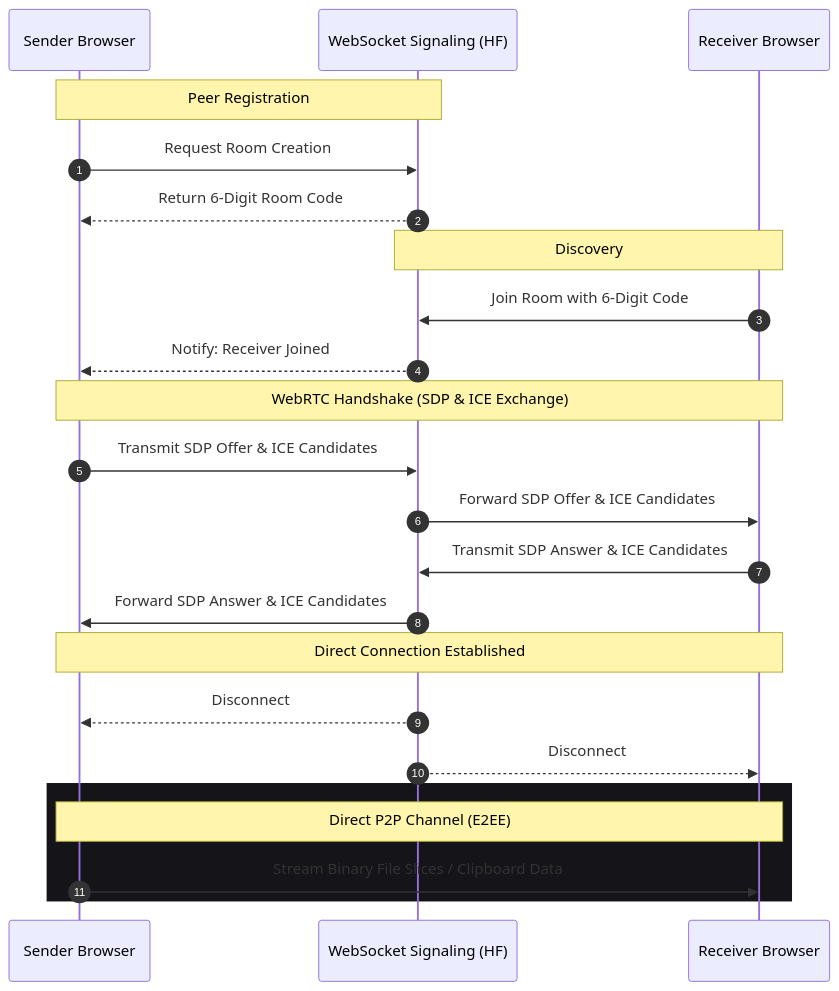
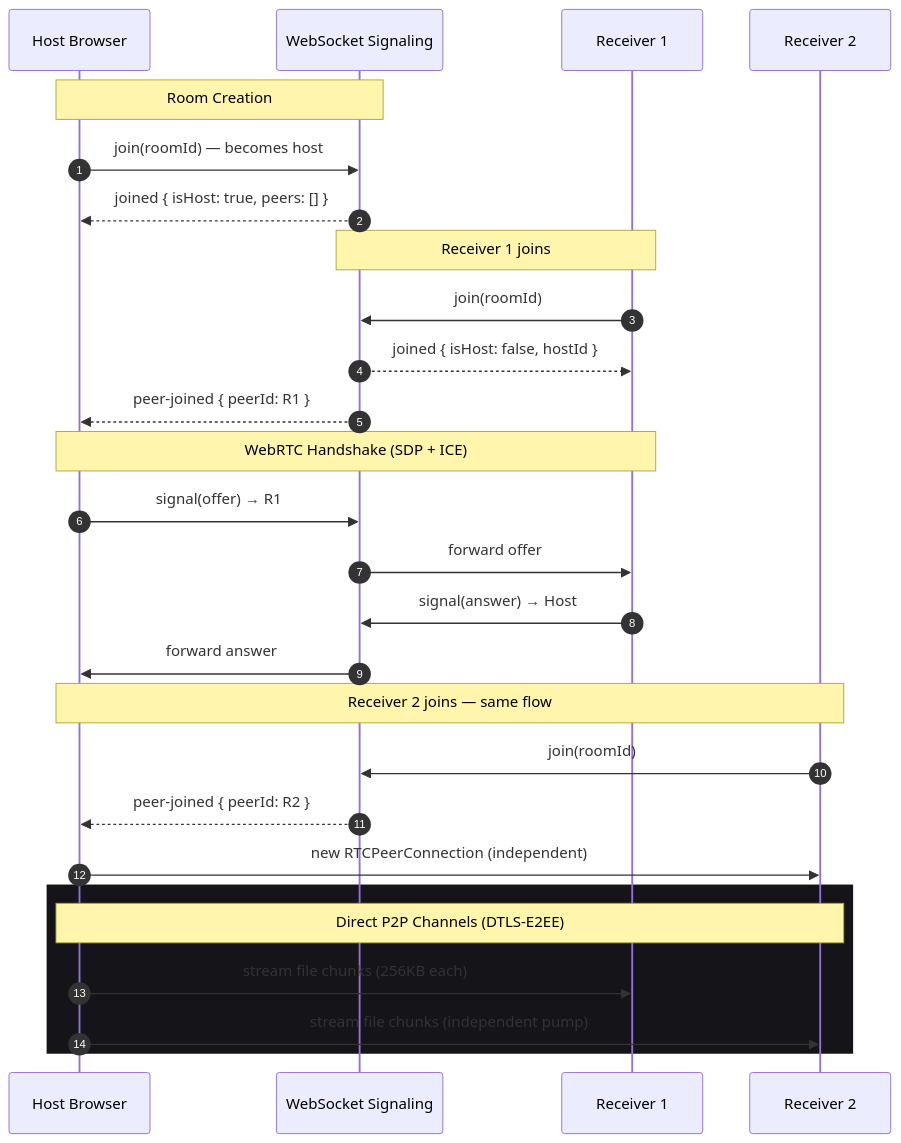
Before and after one commit to dqev/zapp: the diagram in frontend/README.md, drawn with Mermaid. The commit also changed other lines of this file and 10 other files, not shown here.

````diff
--- a/frontend/README.md
+++ b/frontend/README.md
@@ -22,30 +52,34 @@
 ```mermaid
 sequenceDiagram
     autonumber
-    participant Sender as Sender Browser
-    participant Signaling as WebSocket Signaling (HF)
-    participant Receiver as Receiver Browser
+    participant Host as Host Browser
+    participant Signaling as WebSocket Signaling
+    participant R1 as Receiver 1
+    participant R2 as Receiver 2
 
-    Note over Sender, Signaling: Peer Registration
-    Sender->>Signaling: Request Room Creation
-    Signaling-->>Sender: Return 6-Digit Room Code
+    Note over Host, Signaling: Room Creation
+    Host->>Signaling: join(roomId) — becomes host
+    Signaling-->>Host: joined { isHost: true, peers: [] }
 
-    Note over Receiver, Signaling: Discovery
-    Receiver->>Signaling: Join Room with 6-Digit Code
-    Signaling-->>Sender: Notify: Receiver Joined
+    Note over R1, Signaling: Receiver 1 joins
+    R1->>Signaling: join(roomId)
+    Signaling-->>R1: joined { isHost: false, hostId }
+    Signaling-->>Host: peer-joined { peerId: R1 }
 
-    Note over Sender, Receiver: WebRTC Handshake (SDP & ICE Exchange)
-    Sender->>Signaling: Transmit SDP Offer & ICE Candidates
-    Signaling->>Receiver: Forward SDP Offer & ICE Candidates
-    Receiver->>Signaling: Transmit SDP Answer & ICE Candidates
-    Signaling->>Sender: Forward SDP Answer & ICE Candidates
+    Note over Host, R1: WebRTC Handshake (SDP + ICE)
+    Host->>Signaling: signal(offer) → R1
+    Signaling->>R1: forward offer
+    R1->>Signaling: signal(answer) → Host
+    Signaling->>Host: forward answer
 
-    Note over Sender, Receiver: Direct Connection Established
-    Signaling-->>Sender: Disconnect
-    Signaling-->>Receiver: Disconnect
-    
+    Note over Host, R2: Receiver 2 joins — same flow
+    R2->>Signaling: join(roomId)
+    Signaling-->>Host: peer-joined { peerId: R2 }
+    Host->>R2: new RTCPeerConnection (independent)
+
     rect rgb(20, 20, 25)
-        Note over Sender, Receiver: Direct P2P Channel (E2EE)
-        Sender->>Receiver: Stream Binary File Slices / Clipboard Data
+        Note over Host, R2: Direct P2P Channels (DTLS-E2EE)
+        Host->>R1: stream file chunks (256KB each)
+        Host->>R2: stream file chunks (independent pump)
     end
 ```
````
